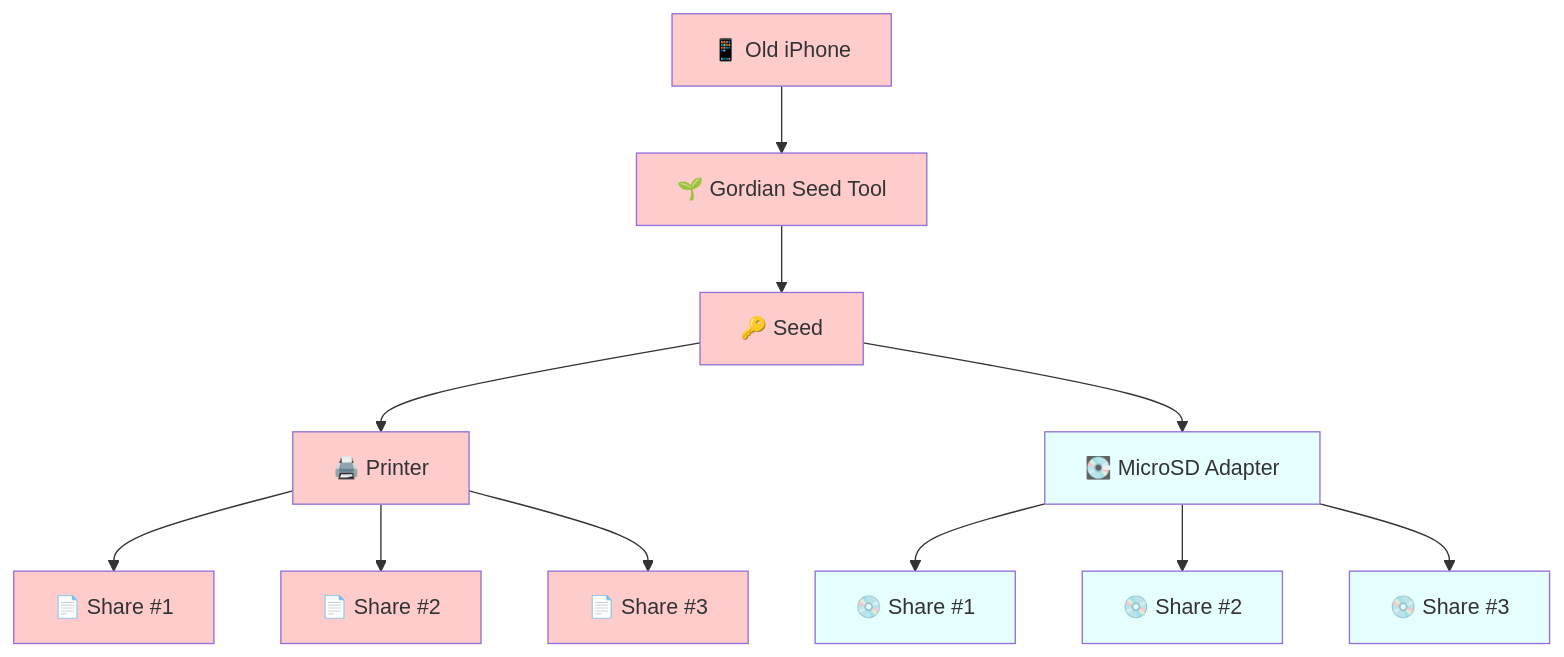
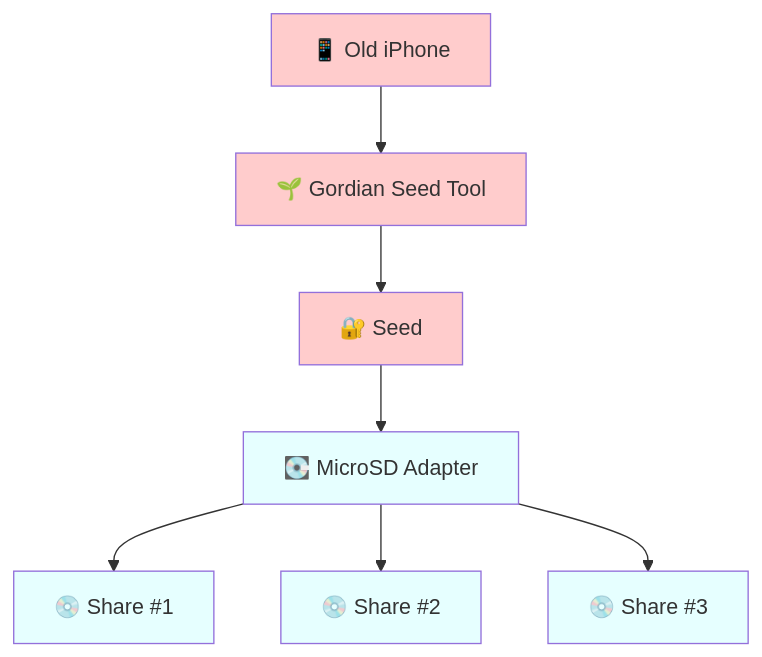
Diagram 11 of 24 in Docs/Scenario-Multisig.md (BlockchainCommons/SmartCustody), drawn with Mermaid before and after one commit. The commit also changed other lines of this file, not shown here.

````diff
--- a/Docs/Scenario-Multisig.md
+++ b/Docs/Scenario-Multisig.md
@@ -376,36 +402,24 @@
 ```mermaid
     graph TD;
     A["📱 Old iPhone"]
     B["🌱 Gordian Seed Tool"]
-    C["🔑 Seed"]
-    D["🖨️ Printer"]
-    E["📄 Share #1"]
-    F["📄 Share #2"]
-    G["📄 Share #3"]
+    C["🔐 Seed"]
     H["💽 MicroSD Adapter"]
     I["💿 Share #1"]
     J["💿 Share #2"]
     K["💿 Share #3"]
     
     A-->B-->C
-    C-->D
-    D-->E
-    D-->F
-    D-->G
     C-->H
     H-->I
     H-->J
     H-->K
   
     style A fill:#ffcccc;
 style B fill:#ffcccc;
 style C fill:#ffcccc;
-style D fill:#ffcccc;
-style E fill:#ffcccc;
-style F fill:#ffcccc;
-style G fill:#ffcccc;
 style H fill:#e6ffff;
 style I fill:#e6ffff;
 style J fill:#e6ffff;
 style K fill:#e6ffff;
 ```
````
